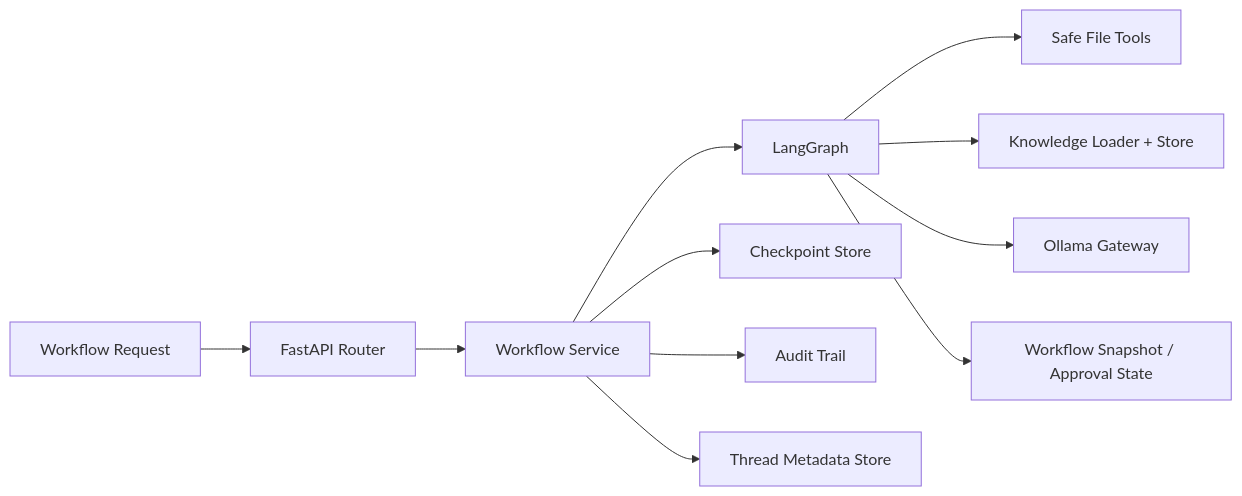
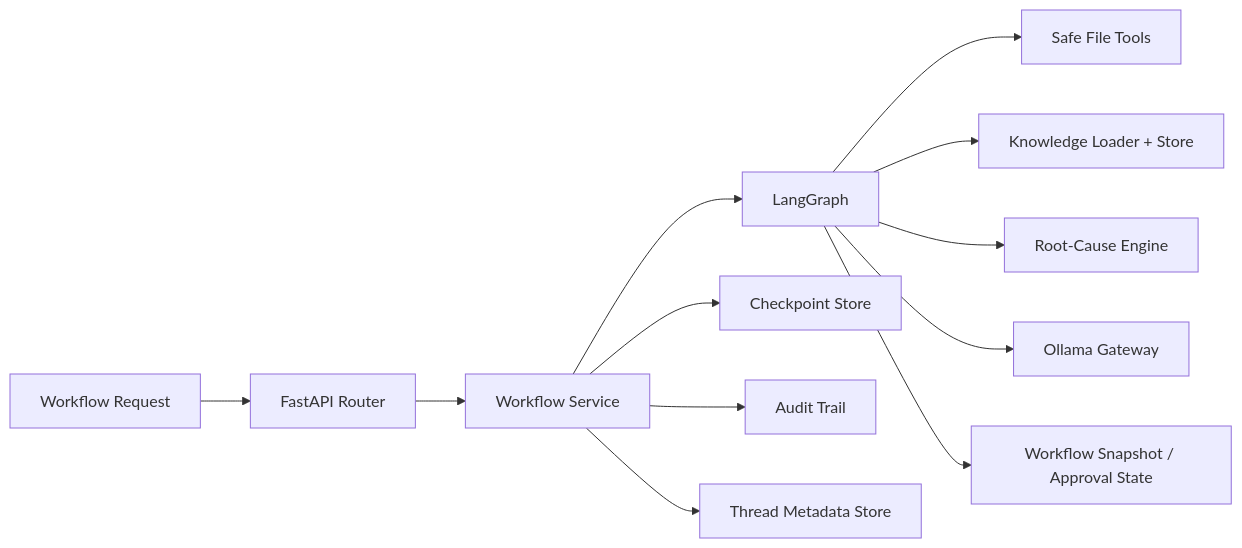
The sixth of 9 diagrams in docs/architecture.md (saikumar1767/Sentinel-Ops), drawn with Mermaid before and after one commit. The commit also changed other lines of this file and 43 other files, not shown here.

Commit message:
Month 9 root cause brain upgrade

````diff
--- a/docs/architecture.md
+++ b/docs/architecture.md
@@ -152,13 +163,14 @@
 ```mermaid
 flowchart LR
     WorkflowRequest["Workflow Request"] --> Router["FastAPI Router"]
     Router --> WorkflowService["Workflow Service"]
     WorkflowService --> Graph["LangGraph"]
     Graph --> FileTools["Safe File Tools"]
     Graph --> Retrieval["Knowledge Loader + Store"]
+    Graph --> Brain["Root-Cause Engine"]
     Graph --> Ollama["Ollama Gateway"]
     WorkflowService --> Checkpoints["Checkpoint Store"]
     WorkflowService --> Audit["Audit Trail"]
     WorkflowService --> ThreadStore["Thread Metadata Store"]
     Graph --> Response["Workflow Snapshot / Approval State"]
 ```
````
